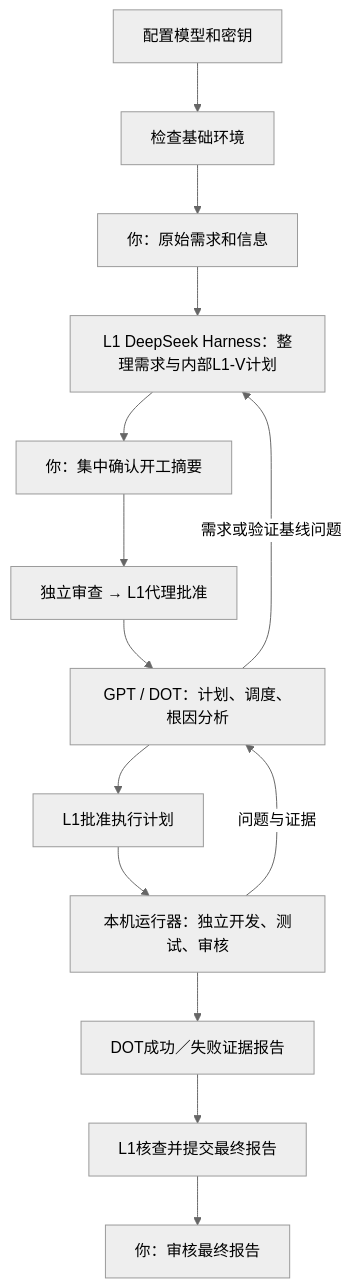
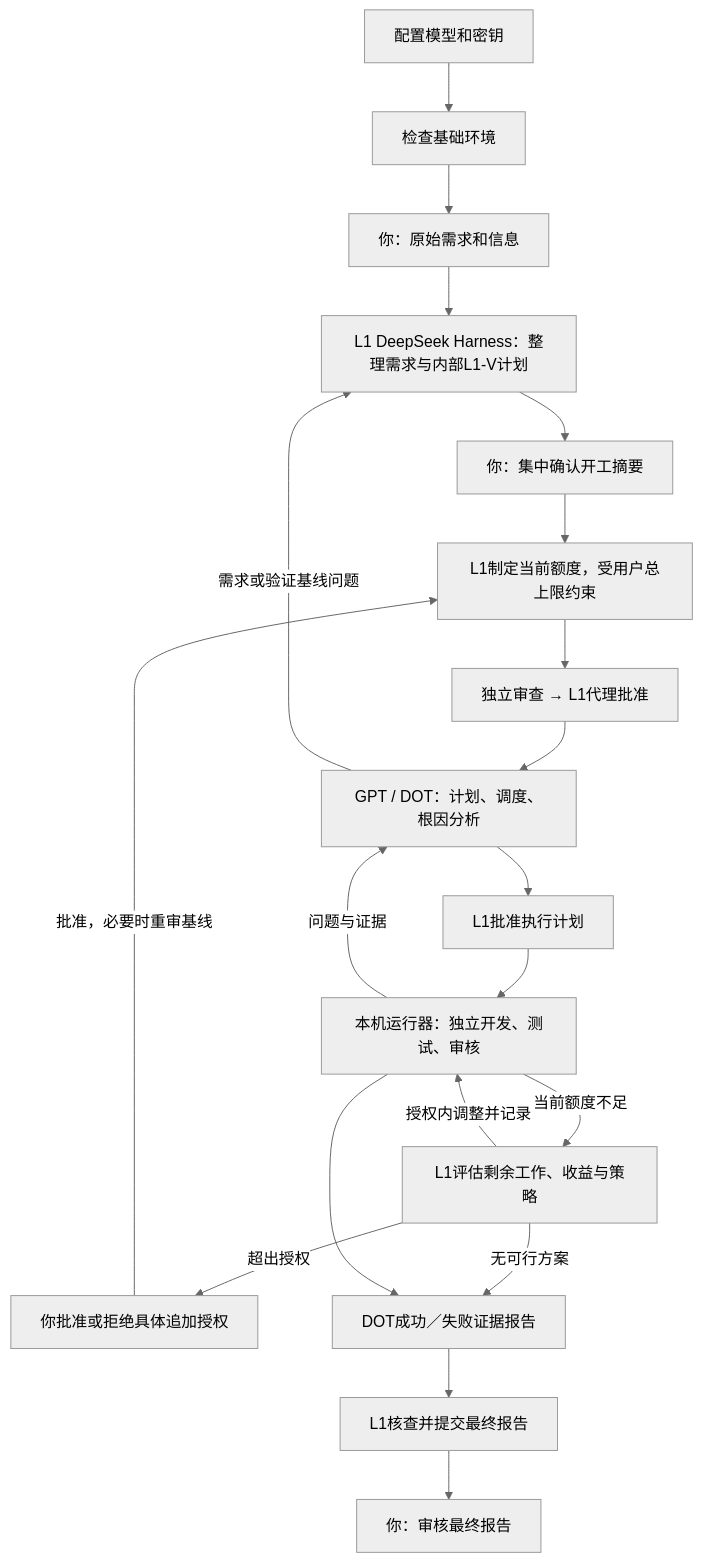
One commit to Merrychen-CMY/AI-Programming-Workflow changed the diagram in README.md. Above: the diagram before and after it, drawn with Mermaid (neutral theme). The commit also changed other lines of this file and 67 other files, not shown here.

````diff
--- a/README.md
+++ b/README.md
@@ -13,15 +13,21 @@
 ```mermaid
 flowchart TD
  A[配置模型和密钥] --> B[检查基础环境]
  B --> U[你：原始需求和信息] --> L[L1 DeepSeek Harness：整理需求与内部L1-V计划]
  L --> C[你：集中确认开工摘要]
- C --> R[独立审查 → L1代理批准]
+ C --> A1[L1制定当前额度，受用户总上限约束]
+ A1 --> R[独立审查 → L1代理批准]
  R --> D[GPT / DOT：计划、调度、根因分析]
  D --> P[L1批准执行计划]
  P --> E[本机运行器：独立开发、测试、审核]
  E -->|问题与证据| D
  D -->|需求或验证基线问题| L
+ E -->|当前额度不足| Q[L1评估剩余工作、收益与策略]
+ Q -->|授权内调整并记录| E
+ Q -->|超出授权| H1[你批准或拒绝具体追加授权]
+ H1 -->|批准，必要时重审基线| A1
+ Q -->|无可行方案| F
  E --> F[DOT成功／失败证据报告]
  F --> S[L1核查并提交最终报告]
  S --> H[你：审核最终报告]
 ```
````
